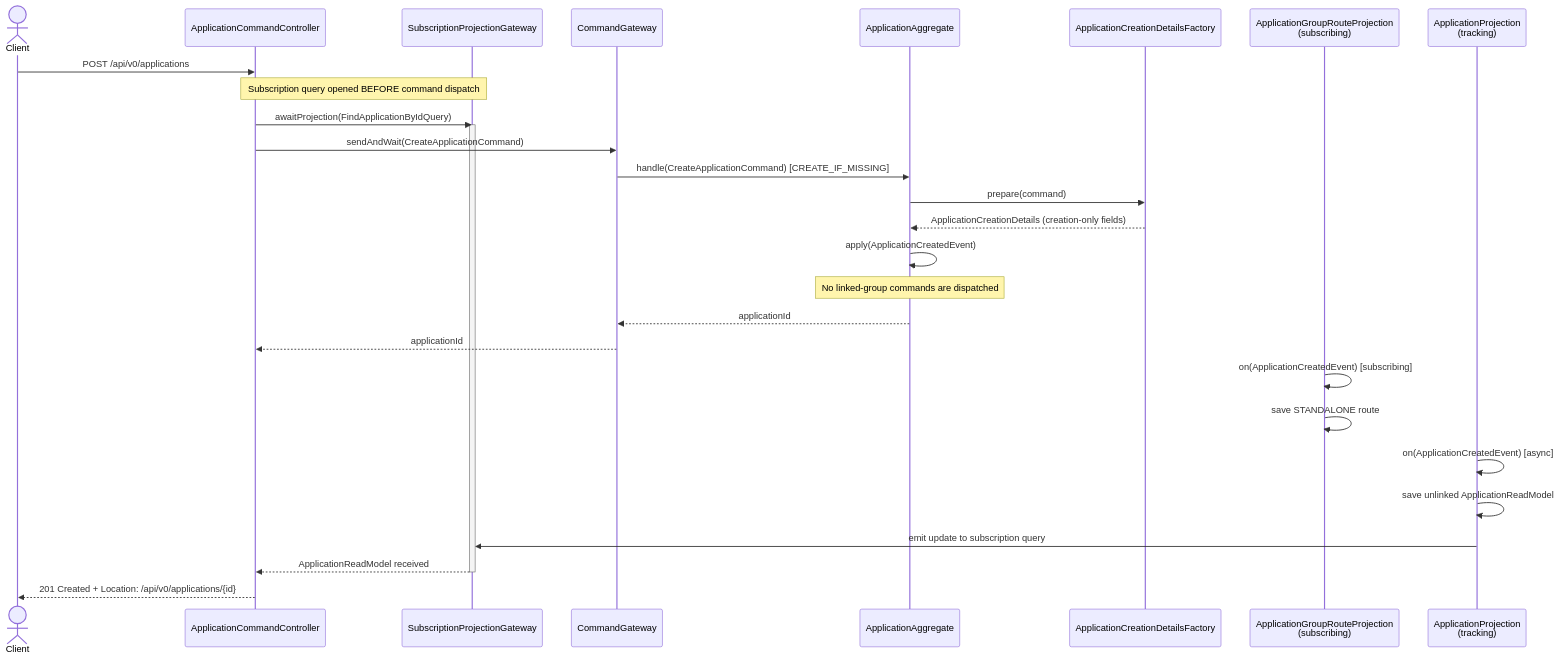
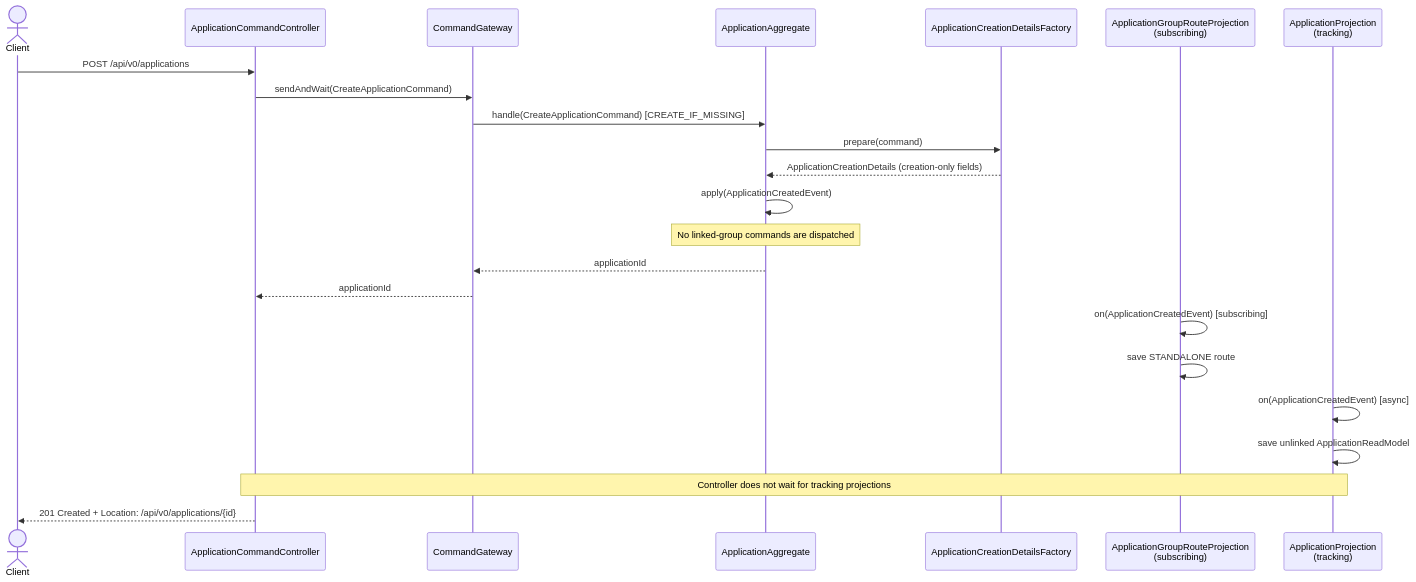
Before and after one commit to ministryofjustice/laa-data-access-api: the diagram in data-access-service-axon/docs/sequence-diagrams/01-standalone-application-creation.md, drawn with Mermaid. The commit also changed 31 other files, not shown here.

````diff
--- a/data-access-service-axon/docs/sequence-diagrams/01-standalone-application-creation.md
+++ b/data-access-service-axon/docs/sequence-diagrams/01-standalone-application-creation.md
@@ -6,37 +6,29 @@
 ```mermaid
 sequenceDiagram
     actor Client
     participant Controller as ApplicationCommandController
-    participant SubGateway as SubscriptionProjectionGateway
     participant CmdGateway as CommandGateway
     participant AppAggregate as ApplicationAggregate
     participant Factory as ApplicationCreationDetailsFactory
     participant RouteProjection as ApplicationGroupRouteProjection<br/>(subscribing)
     participant Projection as ApplicationProjection<br/>(tracking)
 
     Client->>Controller: POST /api/v0/applications
-
-    Note over Controller,SubGateway: Subscription query opened BEFORE command dispatch
-    Controller->>SubGateway: awaitProjection(FindApplicationByIdQuery)
-    activate SubGateway
 
     Controller->>CmdGateway: sendAndWait(CreateApplicationCommand)
     CmdGateway->>AppAggregate: handle(CreateApplicationCommand) [CREATE_IF_MISSING]
     AppAggregate->>Factory: prepare(command)
     Factory-->>AppAggregate: ApplicationCreationDetails (creation-only fields)
     AppAggregate->>AppAggregate: apply(ApplicationCreatedEvent)
     Note over AppAggregate: No linked-group commands are dispatched
 
     AppAggregate-->>CmdGateway: applicationId
     CmdGateway-->>Controller: applicationId
 
     RouteProjection->>RouteProjection: on(ApplicationCreatedEvent) [subscribing]
     RouteProjection->>RouteProjection: save STANDALONE route
     Projection->>Projection: on(ApplicationCreatedEvent) [async]
     Projection->>Projection: save unlinked ApplicationReadModel
-    Projection->>SubGateway: emit update to subscription query
-
-    SubGateway-->>Controller: ApplicationReadModel received
-    deactivate SubGateway
+    Note over Controller,Projection: Controller does not wait for tracking projections
     Controller-->>Client: 201 Created + Location: /api/v0/applications/{id}
 ```
````
